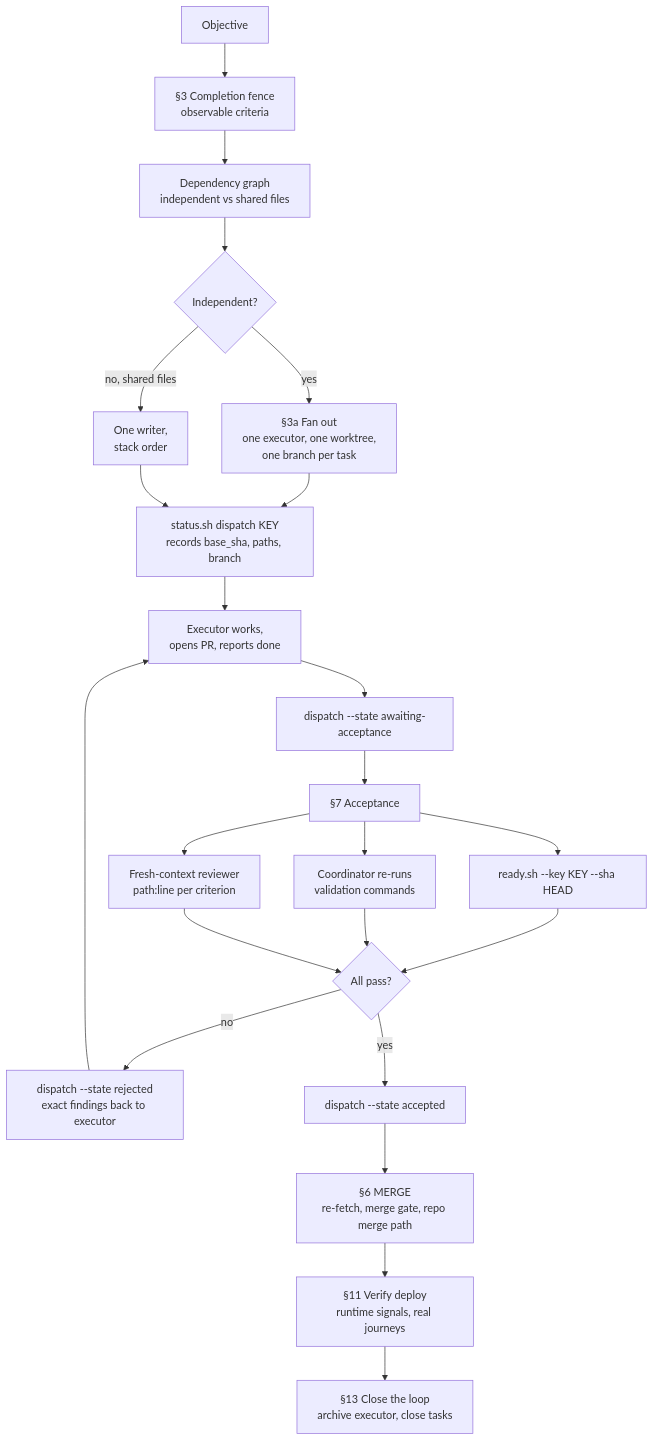
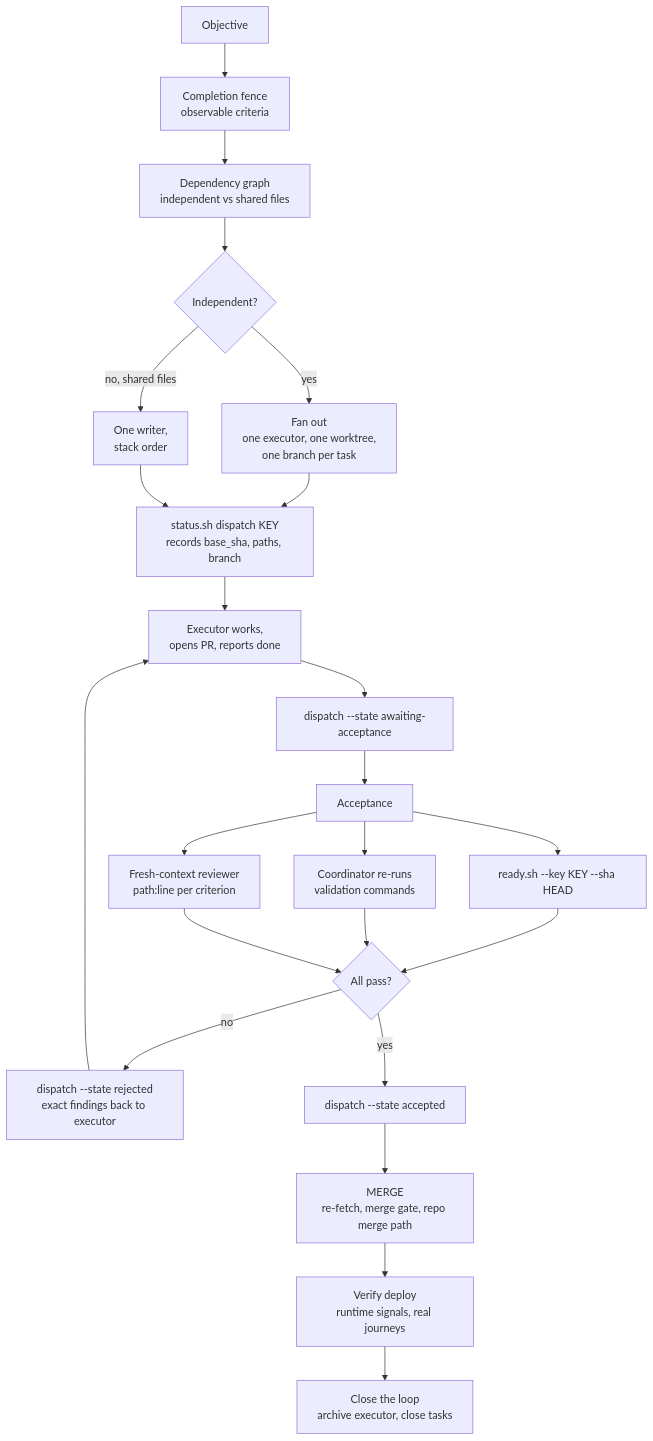
Before and after one commit to mejasonmejason/execution-coordinator: the third of 11 diagrams in docs/OVERVIEW.md, drawn with Mermaid. The commit also changed other lines of this file and 2 other files, not shown here.

````diff
--- a/docs/OVERVIEW.md
+++ b/docs/OVERVIEW.md
@@ -73,23 +75,23 @@
 ```mermaid
 flowchart TD
-  A["Objective"] --> B["§3 Completion fence<br/>observable criteria"]
+  A["Objective"] --> B["Completion fence<br/>observable criteria"]
   B --> C["Dependency graph<br/>independent vs shared files"]
   C --> D{"Independent?"}
-  D -- "yes" --> E["§3a Fan out<br/>one executor, one worktree,<br/>one branch per task"]
+  D -- "yes" --> E["Fan out<br/>one executor, one worktree,<br/>one branch per task"]
   D -- "no, shared files" --> F["One writer,<br/>stack order"]
   E --> G["status.sh dispatch KEY<br/>records base_sha, paths, branch"]
   F --> G
   G --> H["Executor works,<br/>opens PR, reports done"]
   H --> I["dispatch --state awaiting-acceptance"]
-  I --> J["§7 Acceptance"]
+  I --> J["Acceptance"]
   J --> J1["ready.sh --key KEY --sha HEAD"]
   J --> J2["Coordinator re-runs<br/>validation commands"]
   J --> J3["Fresh-context reviewer<br/>path:line per criterion"]
   J1 & J2 & J3 --> K{"All pass?"}
   K -- "no" --> L["dispatch --state rejected<br/>exact findings back to executor"]
   L --> H
   K -- "yes" --> M["dispatch --state accepted"]
-  M --> N["§6 MERGE<br/>re-fetch, merge gate, repo merge path"]
-  N --> O["§11 Verify deploy<br/>runtime signals, real journeys"]
-  O --> P["§13 Close the loop<br/>archive executor, close tasks"]
+  M --> N["MERGE<br/>re-fetch, merge gate, repo merge path"]
+  N --> O["Verify deploy<br/>runtime signals, real journeys"]
+  O --> P["Close the loop<br/>archive executor, close tasks"]
 ```
````
